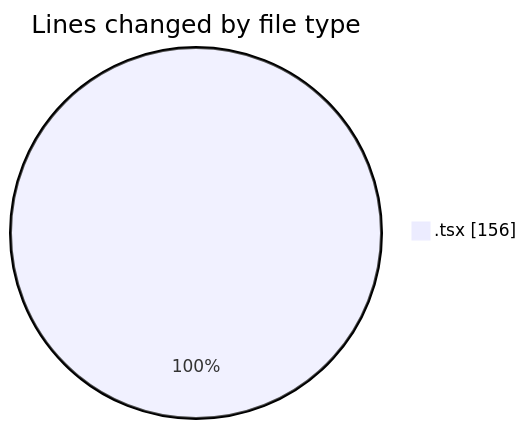
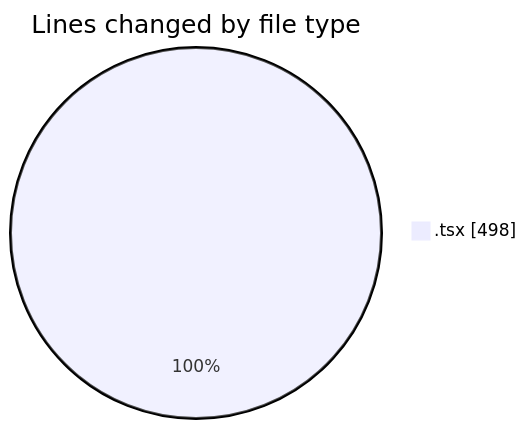
One commit to robertbonfada/code-tracking changed the first of 2 diagrams in 2025-02-03/termonied-web/README.md. Above: the diagram before and after it, drawn with Mermaid. The commit also changed other lines of this file and 1 other file, not shown here.

````diff
--- a/2025-02-03/termonied-web/README.md
+++ b/2025-02-03/termonied-web/README.md
@@ -20,5 +21,5 @@
 ```mermaid
 pie showData
 title Lines changed by file type
-".tsx" : 156
+".tsx" : 498
 ```
````
